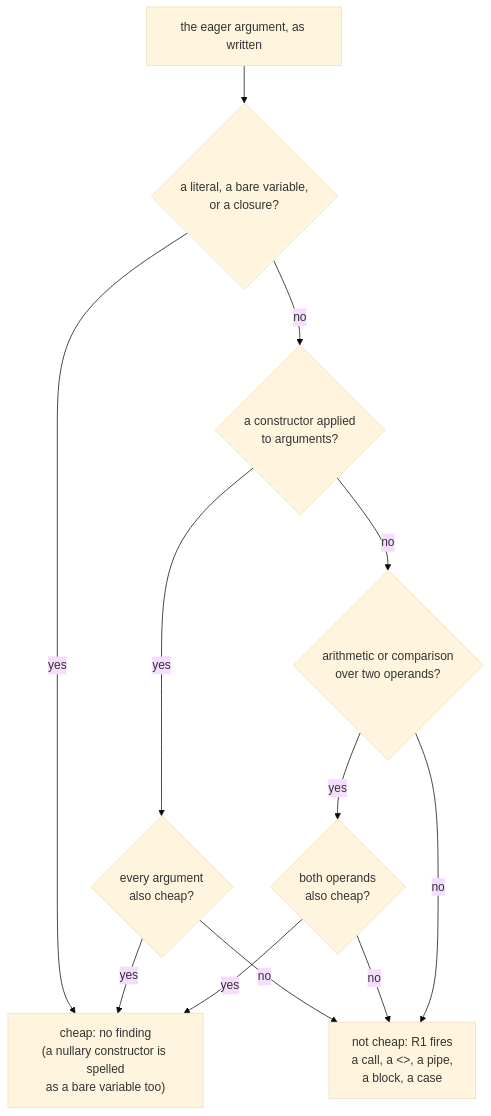
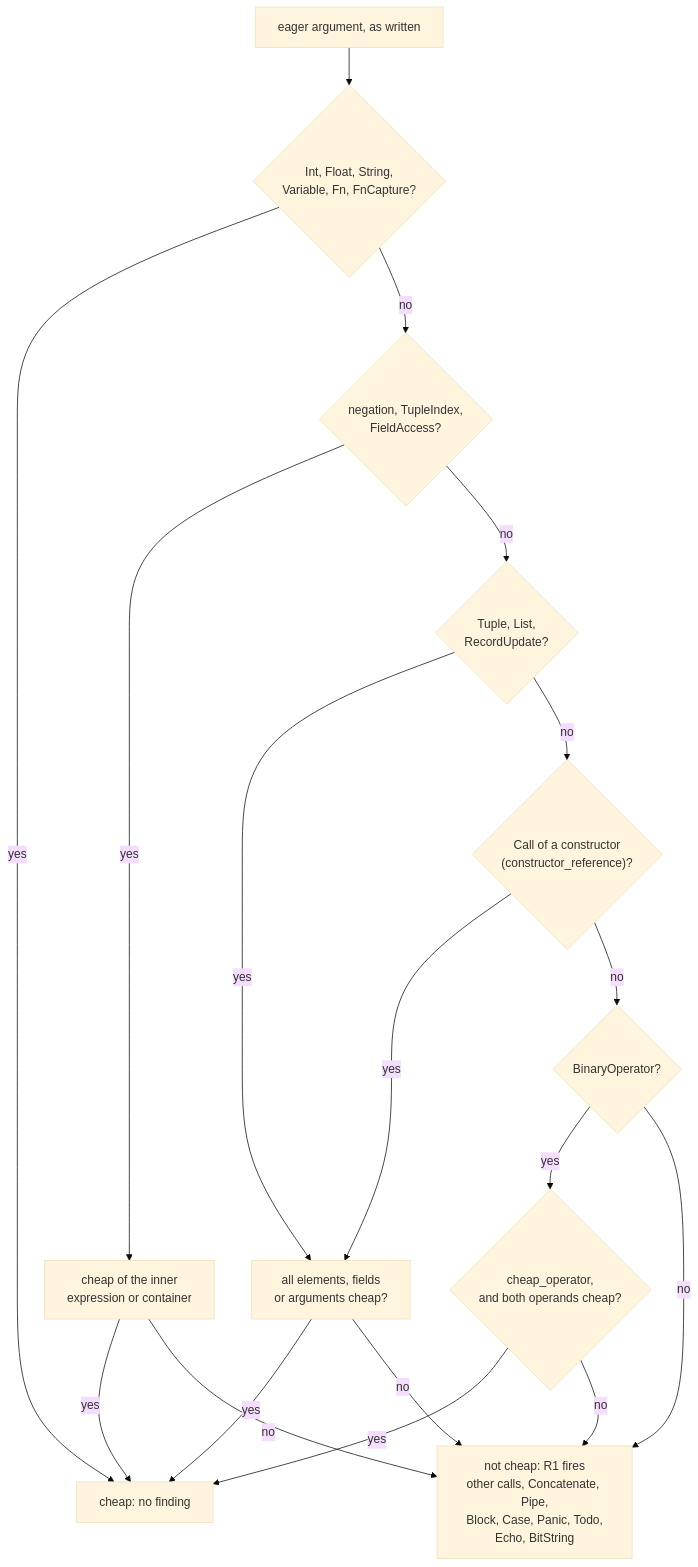
One commit to Roasbeef/pondline changed the fourth of 5 diagrams in packages/lint/README.md. Above: the diagram before and after it, drawn with Mermaid (base theme). The commit also changed other lines of this file and 9 other files, not shown here.

First line of the commit message:
docs: add package and system architecture documents

````diff
--- a/packages/lint/README.md
+++ b/packages/lint/README.md
@@ -147,23 +332,32 @@
 ```mermaid
 flowchart TD
-    ARG["the eager argument, as written"]
-    LIT{"a literal, a bare variable,<br/>or a closure?"}
-    CHEAP["cheap: no finding<br/>(a nullary constructor is spelled<br/>as a bare variable too)"]
-    CTOR{"a constructor applied<br/>to arguments?"}
-    ALLCHEAP{"every argument<br/>also cheap?"}
-    OP{"arithmetic or comparison<br/>over two operands?"}
-    BOTHCHEAP{"both operands<br/>also cheap?"}
-    EXPENSIVE["not cheap: R1 fires<br/>a call, a &lt;&gt;, a pipe,<br/>a block, a case"]
+    arg["eager argument, as written"]
+    lit{"Int, Float, String,<br/>Variable, Fn, FnCapture?"}
+    cheap["cheap: no finding"]
+    wrap{"negation, TupleIndex,<br/>FieldAccess?"}
+    agg{"Tuple, List,<br/>RecordUpdate?"}
+    ctor{"Call of a constructor<br/>(constructor_reference)?"}
+    op{"BinaryOperator?"}
+    inner["cheap of the inner<br/>expression or container"]
+    all["all elements, fields<br/>or arguments cheap?"]
+    opk{"cheap_operator,<br/>and both operands cheap?"}
+    exp["not cheap: R1 fires<br/>other calls, Concatenate, Pipe,<br/>Block, Case, Panic, Todo,<br/>Echo, BitString"]
 
-    ARG --> LIT
-    LIT -->|yes| CHEAP
-    LIT -->|no| CTOR
-    CTOR -->|yes| ALLCHEAP
-    ALLCHEAP -->|yes| CHEAP
-    ALLCHEAP -->|no| EXPENSIVE
-    CTOR -->|no| OP
-    OP -->|yes| BOTHCHEAP
-    BOTHCHEAP -->|yes| CHEAP
-    BOTHCHEAP -->|no| EXPENSIVE
-    OP -->|no| EXPENSIVE
+    arg --> lit
+    lit -- "yes" --> cheap
+    lit -- "no" --> wrap
+    wrap -- "yes" --> inner
+    wrap -- "no" --> agg
+    agg -- "yes" --> all
+    agg -- "no" --> ctor
+    ctor -- "yes" --> all
+    ctor -- "no" --> op
+    op -- "yes" --> opk
+    op -- "no" --> exp
+    inner -- "yes" --> cheap
+    inner -- "no" --> exp
+    all -- "yes" --> cheap
+    all -- "no" --> exp
+    opk -- "yes" --> cheap
+    opk -- "no" --> exp
 ```
````
